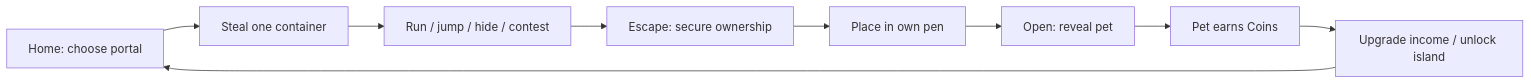
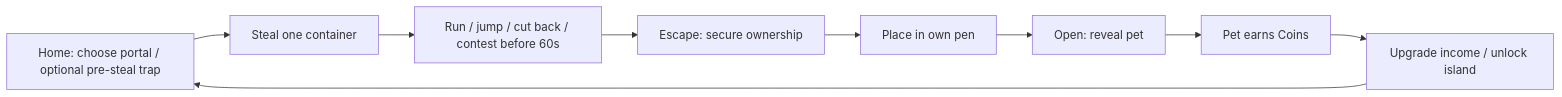
Before and after one commit to Kaboom336/swarmbreak: the first of 3 diagrams in pumpkin/production/treasure/GDD.md, drawn with Mermaid. The commit also changed other lines of this file and 2 other files, not shown here.

````diff
--- a/pumpkin/production/treasure/GDD.md
+++ b/pumpkin/production/treasure/GDD.md
@@ -26,11 +29,11 @@
 ```mermaid
 flowchart LR
-  H[Home: choose portal] --> S[Steal one container]
-  S --> R[Run / jump / hide / contest]
+  H[Home: choose portal / optional pre-steal trap] --> S[Steal one container]
+  S --> R[Run / jump / cut back / contest before 60s]
   R --> E[Escape: secure ownership]
   E --> P[Place in own pen]
   P --> O[Open: reveal pet]
   O --> C[Pet earns Coins]
   C --> U[Upgrade income / unlock island]
   U --> H
 ```
````
